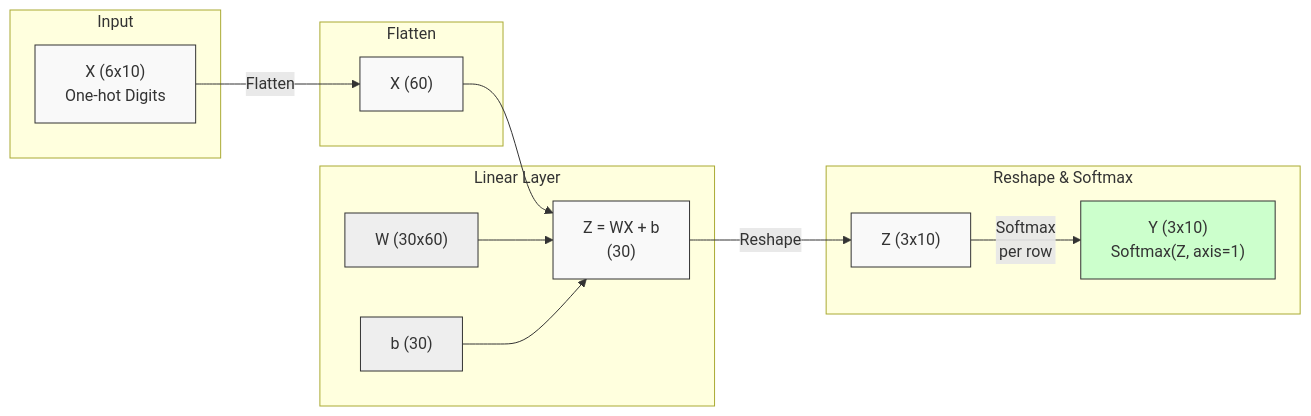
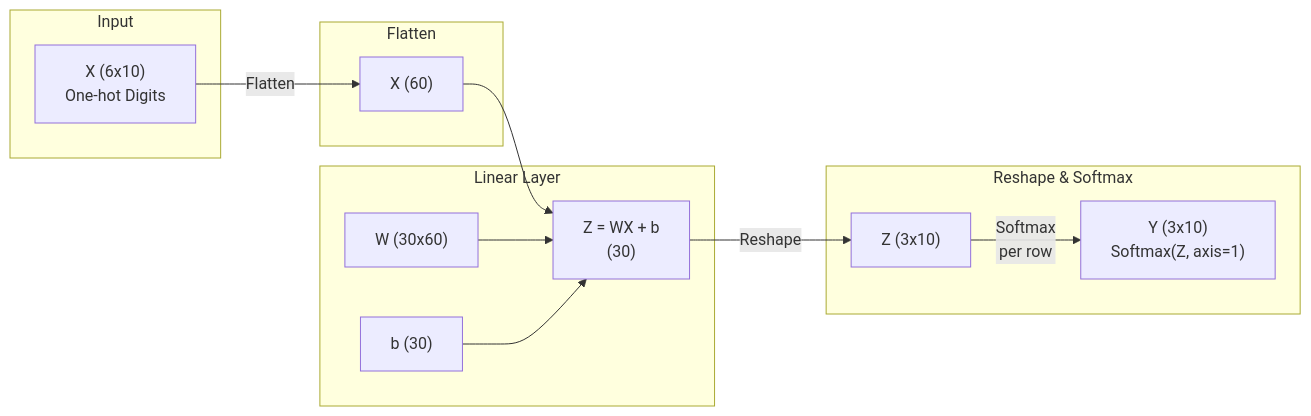
One commit to chrismerck/chrismerck.github.io changed the second of 2 diagrams in docs/research/threedigit-notes.md. Above: the diagram before and after it, drawn with Mermaid. The commit also changed other lines of this file and 2 other files, not shown here.

Commit message:
dark theme

````diff
--- a/docs/research/threedigit-notes.md
+++ b/docs/research/threedigit-notes.md
@@ -124,36 +121,28 @@
 ```mermaid
 graph LR
     subgraph Input
         X_mat["X (6x10)<br/>One-hot Digits"]
     end
 
     subgraph Flatten
         X_vec["X (60)"]
     end
     
     subgraph Linear Layer
         W["W (30x60)"]
         b["b (30)"]
         Z_vec["Z = WX + b<br/>(30)"]
     end
 
     subgraph Reshape & Softmax
         Z_mat["Z (3x10)"]
         Y_mat["Y (3x10)<br/>Softmax(Z, axis=1)"]
     end
 
     X_mat -->|"Flatten"| X_vec
     X_vec --> Z_vec
     W --> Z_vec
     b --> Z_vec
     Z_vec -->|"Reshape"| Z_mat
     Z_mat -->|"Softmax<br/>per row"| Y_mat
-
-    style X_mat fill:#f9f9f9,stroke:#333,stroke-width:1px
-    style X_vec fill:#f9f9f9,stroke:#333,stroke-width:1px
-    style W fill:#eee,stroke:#333,stroke-width:1px
-    style b fill:#eee,stroke:#333,stroke-width:1px
-    style Z_vec fill:#f9f9f9,stroke:#333,stroke-width:1px
-    style Z_mat fill:#f9f9f9,stroke:#333,stroke-width:1px
-    style Y_mat fill:#ccffcc,stroke:#333,stroke-width:1px
 ```
````
